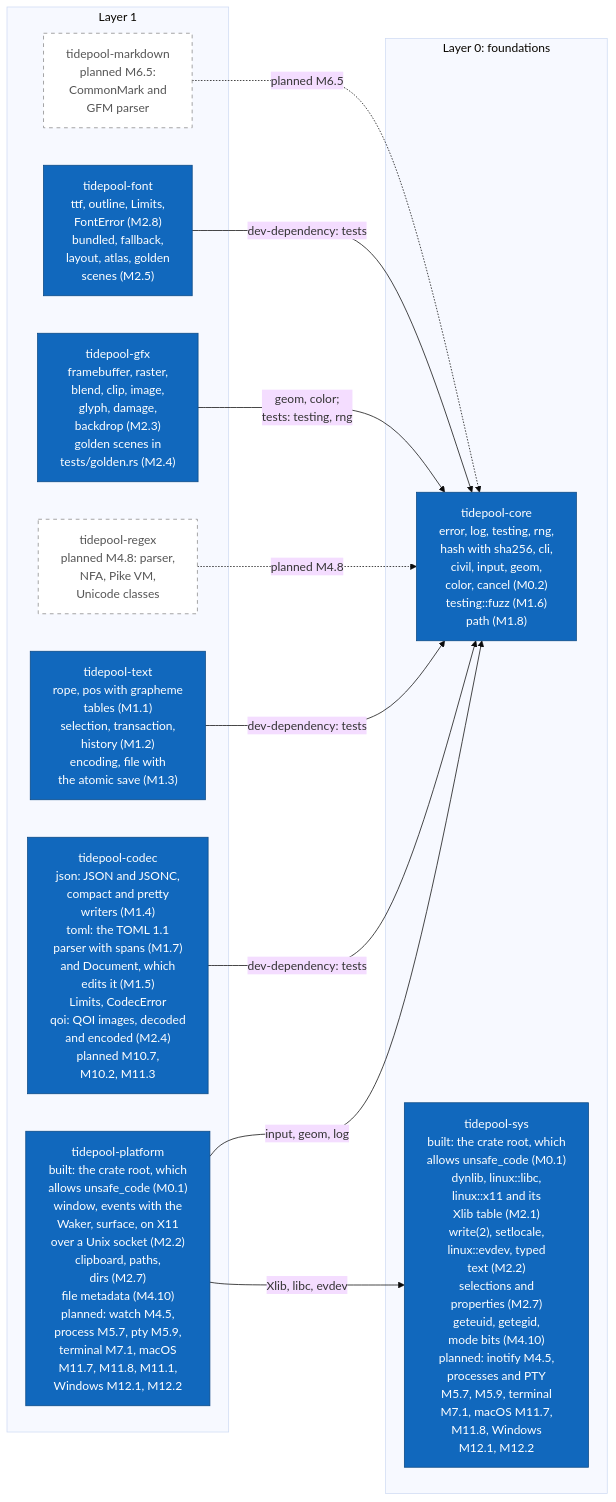
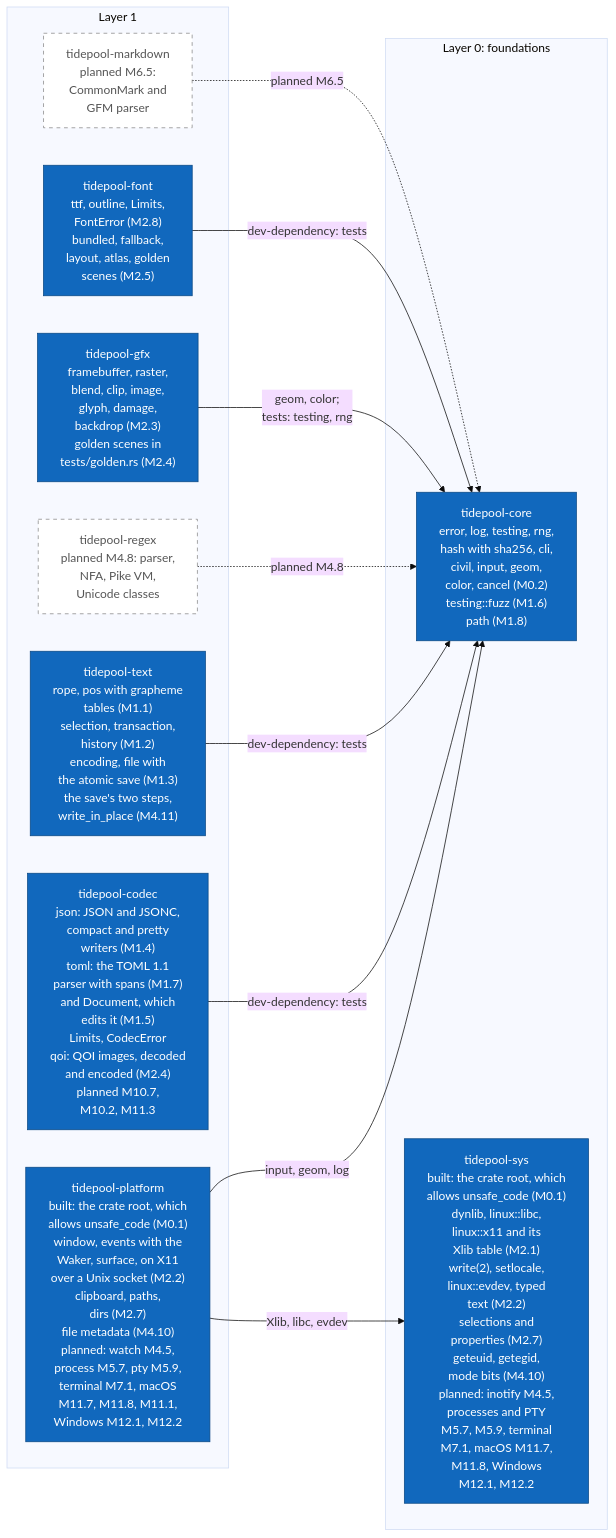
Before and after one commit to jabbott-iii/Tidepool: the sixth of 17 diagrams in diagrams/c4-architecture.md, drawn with Mermaid (base theme). The commit also changed other lines of this file and 50 other files, not shown here.

````diff
--- a/diagrams/c4-architecture.md
+++ b/diagrams/c4-architecture.md
@@ -334,30 +343,30 @@
 ```mermaid
 flowchart LR
     subgraph L1["Layer 1"]
         k_platform["tidepool-platform<br/>built: the crate root, which<br/>allows unsafe_code (M0.1)<br/>window, events with the<br/>Waker, surface, on X11<br/>over a Unix socket (M2.2)<br/>clipboard, paths,<br/>dirs (M2.7)<br/>file metadata (M4.10)<br/>planned: watch M4.5,<br/>process M5.7, pty M5.9,<br/>terminal M7.1, macOS<br/>M11.7, M11.8, M11.1,<br/>Windows M12.1, M12.2"]
         k_codec["tidepool-codec<br/>json: JSON and JSONC,<br/>compact and pretty<br/>writers (M1.4)<br/>toml: the TOML 1.1<br/>parser with spans (M1.7)<br/>and Document, which<br/>edits it (M1.5)<br/>Limits, CodecError<br/>qoi: QOI images, decoded<br/>and encoded (M2.4)<br/>planned M10.7,<br/>M10.2, M11.3"]
-        k_text["tidepool-text<br/>rope, pos with grapheme<br/>tables (M1.1)<br/>selection, transaction,<br/>history (M1.2)<br/>encoding, file with<br/>the atomic save (M1.3)"]
+        k_text["tidepool-text<br/>rope, pos with grapheme<br/>tables (M1.1)<br/>selection, transaction,<br/>history (M1.2)<br/>encoding, file with<br/>the atomic save (M1.3)<br/>the save's two steps,<br/>write_in_place (M4.11)"]
         k_regex["tidepool-regex<br/>planned M4.8: parser,<br/>NFA, Pike VM,<br/>Unicode classes"]
         k_gfx["tidepool-gfx<br/>framebuffer, raster,<br/>blend, clip, image,<br/>glyph, damage,<br/>backdrop (M2.3)<br/>golden scenes in<br/>tests/golden.rs (M2.4)"]
         k_font["tidepool-font<br/>ttf, outline, Limits,<br/>FontError (M2.8)<br/>bundled, fallback,<br/>layout, atlas, golden<br/>scenes (M2.5)"]
         k_markdown["tidepool-markdown<br/>planned M6.5:<br/>CommonMark and<br/>GFM parser"]
     end
     subgraph L0["Layer 0: foundations"]
         k_core["tidepool-core<br/>error, log, testing, rng,<br/>hash with sha256, cli,<br/>civil, input, geom,<br/>color, cancel (M0.2)<br/>testing::fuzz (M1.6)<br/>path (M1.8)"]
         k_sys["tidepool-sys<br/>built: the crate root, which<br/>allows unsafe_code (M0.1)<br/>dynlib, linux::libc,<br/>linux::x11 and its<br/>Xlib table (M2.1)<br/>write(2), setlocale,<br/>linux::evdev, typed<br/>text (M2.2)<br/>selections and<br/>properties (M2.7)<br/>geteuid, getegid,<br/>mode bits (M4.10)<br/>planned: inotify M4.5,<br/>processes and PTY<br/>M5.7, M5.9, terminal<br/>M7.1, macOS M11.7,<br/>M11.8, Windows<br/>M12.1, M12.2"]
     end
 
     k_platform -->|"input, geom, log"| k_core
     k_platform -->|"Xlib, libc, evdev"| k_sys
     k_codec -->|"dev-dependency: tests"| k_core
     k_text -->|"dev-dependency: tests"| k_core
     k_regex -.->|"planned M4.8"| k_core
     k_gfx -->|"geom, color;<br/>tests: testing, rng"| k_core
     k_font -->|"dev-dependency: tests"| k_core
     k_markdown -.->|"planned M6.5"| k_core
 
     classDef built fill:#1168bd,stroke:#0b4884,color:#ffffff
     classDef planned fill:#ffffff,stroke:#888888,stroke-dasharray: 5 5,color:#555555
     class k_platform,k_codec,k_text,k_gfx,k_font,k_core,k_sys built
     class k_regex,k_markdown planned
 ```
````
